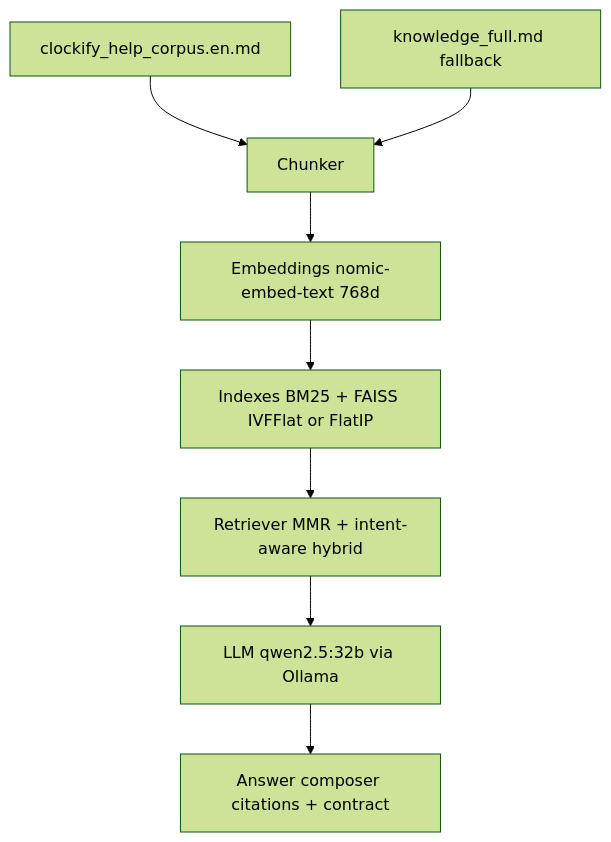
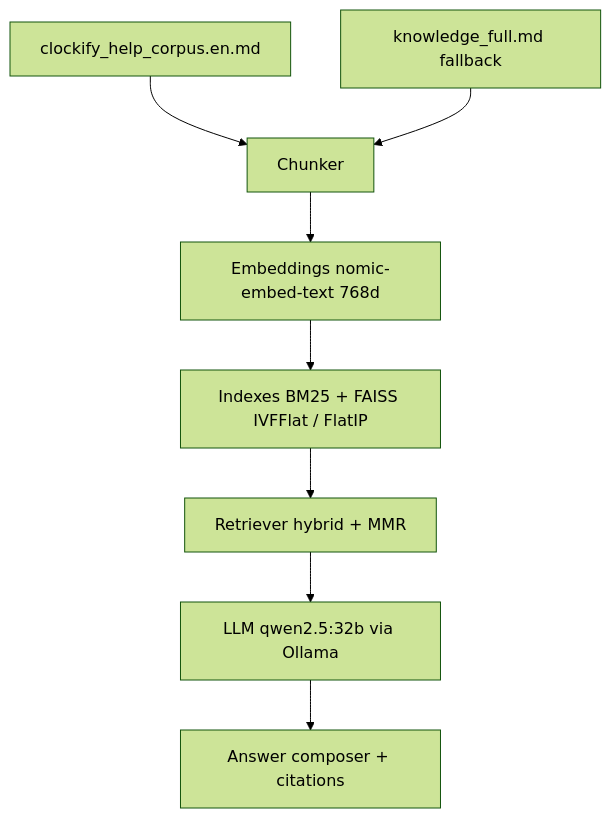
One commit to apet97/1rag changed the diagram in README.md. Above: the diagram before and after it, drawn with Mermaid (forest theme). The commit also changed other lines of this file, not shown here.

Commit message:
Simplify CLI launch steps and mermaid labels

````diff
--- a/README.md
+++ b/README.md
@@ -63,10 +50,10 @@
 ```mermaid
 flowchart TD
     A[clockify_help_corpus.en.md] --> B[Chunker]
     A2[knowledge_full.md fallback] --> B
     B --> C[Embeddings nomic-embed-text 768d]
-    C --> D[Indexes BM25 + FAISS IVFFlat or FlatIP]
-    D --> E[Retriever MMR + intent-aware hybrid]
+    C --> D[Indexes BM25 + FAISS IVFFlat / FlatIP]
+    D --> E[Retriever hybrid + MMR]
     E --> F[LLM qwen2.5:32b via Ollama]
-    F --> G[Answer composer citations + contract]
+    F --> G[Answer composer + citations]
 ```
````
